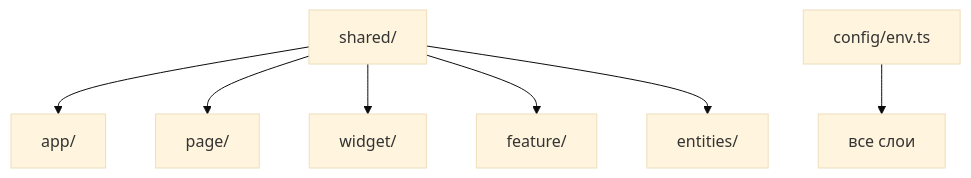
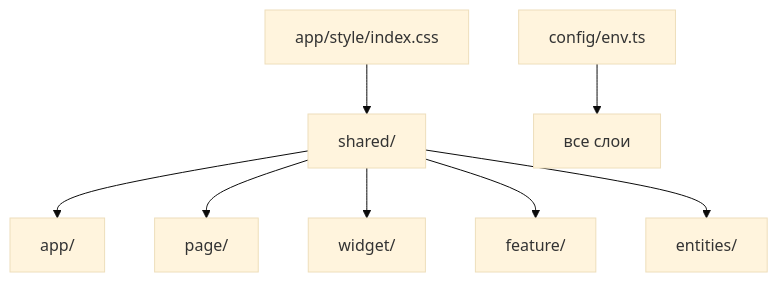
The diagram in docs/shared/overview.md (invatemi/social-network-frontend-react), drawn with Mermaid (base theme) before and after one commit. The commit also changed other lines of this file and 237 other files, not shown here.

````diff
--- a/docs/shared/overview.md
+++ b/docs/shared/overview.md
@@ -36,9 +37,10 @@
 ```mermaid
 flowchart TB
   Shared["shared/"] --> App["app/"]
   Shared --> Page["page/"]
   Shared --> Widget["widget/"]
   Shared --> Feature["feature/"]
   Shared --> Entities["entities/"]
   Env["config/env.ts"] --> All["все слои"]
+  Tokens["app/style/index.css"] --> Shared
 ```
````
